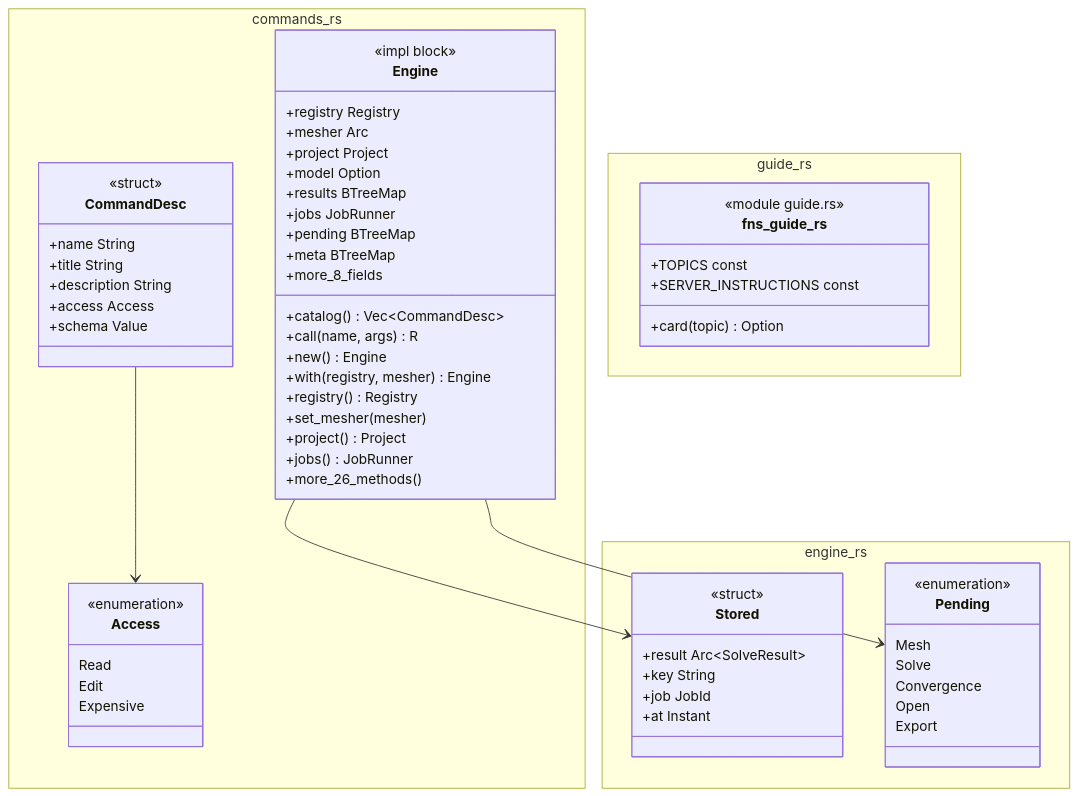
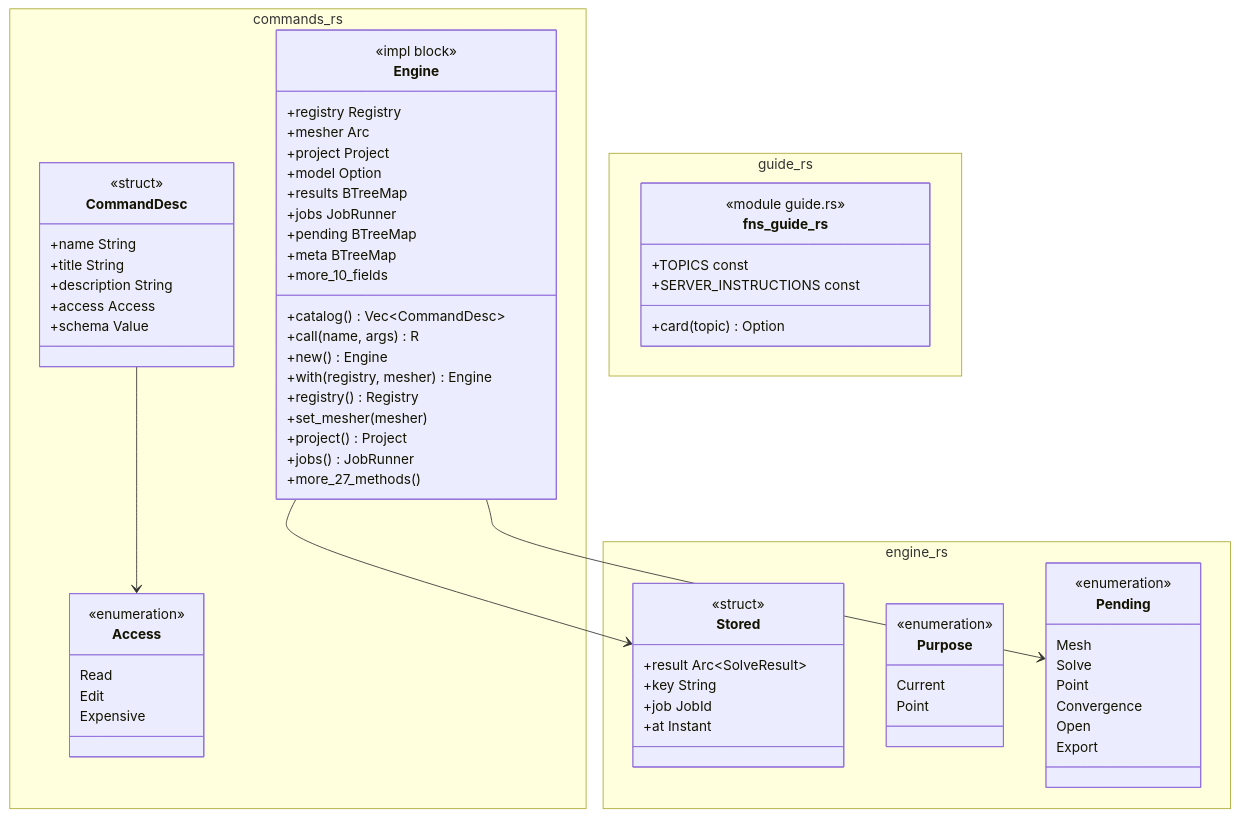
The diagram in docs/architecture/c4/4-code/engine/commands.md (p-j-r/nyx), drawn with Mermaid before and after one commit. The commit also changed other lines of this file and 26 other files, not shown here.

````diff
--- a/docs/architecture/c4/4-code/engine/commands.md
+++ b/docs/architecture/c4/4-code/engine/commands.md
@@ -53,68 +53,74 @@
 ```mermaid
 classDiagram
   namespace commands_rs {
     class Access {
         <<enumeration>>
         Read
         Edit
         Expensive
     }
     class CommandDesc {
         <<struct>>
         +name String
         +title String
         +description String
         +access Access
         +schema Value
     }
     class Engine {
         <<impl block>>
         +registry Registry
         +mesher Arc
         +project Project
         +model Option
         +results BTreeMap
         +jobs JobRunner
         +pending BTreeMap
         +meta BTreeMap
-        +more_8_fields
+        +more_10_fields
         +catalog() Vec~CommandDesc~
         +call(name, args) R
         +new() Engine
         +with(registry, mesher) Engine
         +registry() Registry
         +set_mesher(mesher)
         +project() Project
         +jobs() JobRunner
-        +more_26_methods()
+        +more_27_methods()
     }
   }
   namespace engine_rs {
     class Stored {
         <<struct>>
         +result Arc~SolveResult~
         +key String
         +job JobId
         +at Instant
     }
+    class Purpose {
+        <<enumeration>>
+        Current
+        Point
+    }
     class Pending {
         <<enumeration>>
         Mesh
         Solve
+        Point
         Convergence
         Open
         Export
     }
   }
   namespace guide_rs {
     class fns_guide_rs {
         <<module guide.rs>>
         +card(topic) Option
         +TOPICS const
         +SERVER_INSTRUCTIONS const
     }
   }
   CommandDesc --> Access
   Engine --> Stored
   Engine --> Pending
 ```
````
